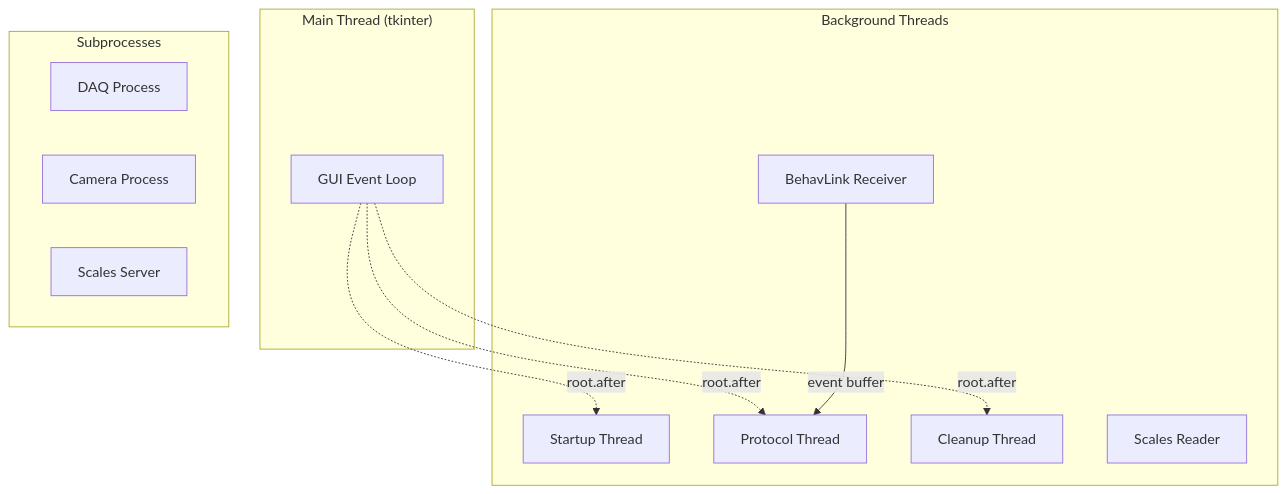
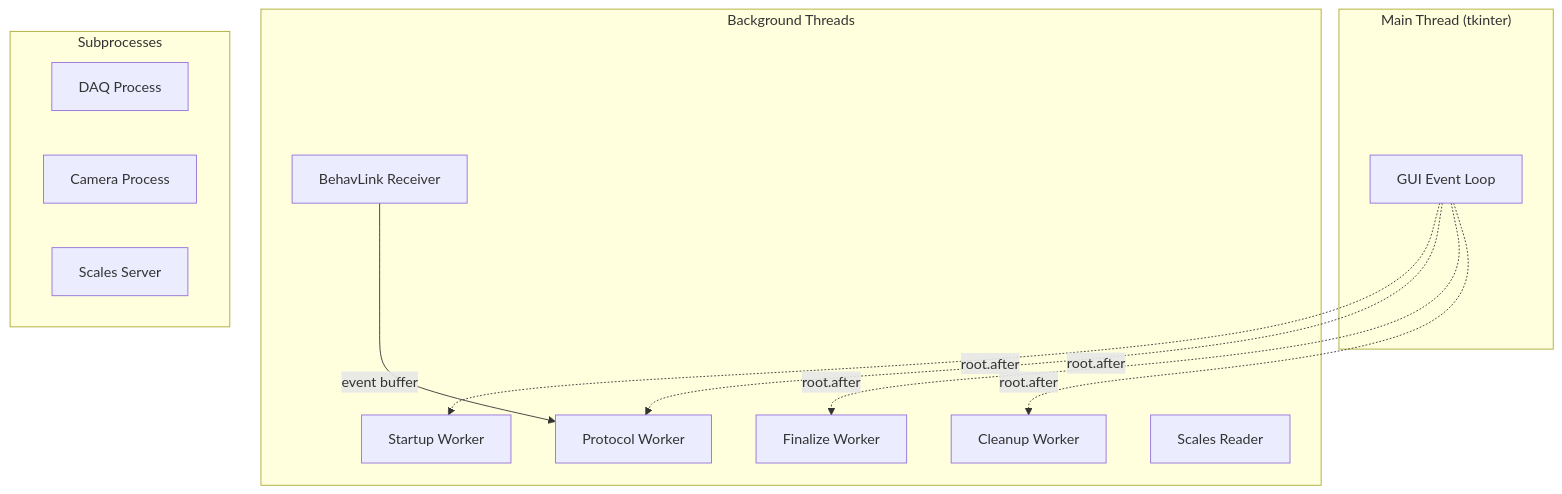
Before and after one commit to stef1029/HexControl: the diagram in docs/architecture/threading-model.md, drawn with Mermaid. The commit also changed other lines of this file and 5 other files, not shown here.

Commit message:
refactored rig window to standardise state changes and flow through the running of the system

````diff
--- a/docs/architecture/threading-model.md
+++ b/docs/architecture/threading-model.md
@@ -7,25 +7,27 @@
 ```mermaid
 graph TB
     subgraph Main["Main Thread (tkinter)"]
         GUI[GUI Event Loop]
     end
 
     subgraph Background["Background Threads"]
-        ST[Startup Thread]
-        PT[Protocol Thread]
-        CT[Cleanup Thread]
+        ST[Startup Worker]
+        PT[Protocol Worker]
+        FT[Finalize Worker]
+        CT[Cleanup Worker]
         RT[BehavLink Receiver]
         SR[Scales Reader]
     end
 
     subgraph Subprocesses["Subprocesses"]
         DAQ[DAQ Process]
         CAM[Camera Process]
         SS[Scales Server]
     end
 
     GUI -.->|root.after| ST
     GUI -.->|root.after| PT
+    GUI -.->|root.after| FT
     GUI -.->|root.after| CT
     RT -->|event buffer| PT
 ```
````
